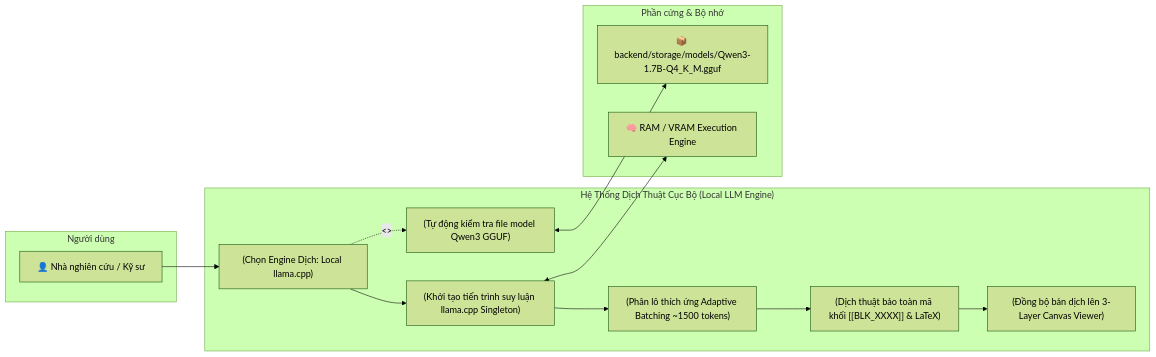
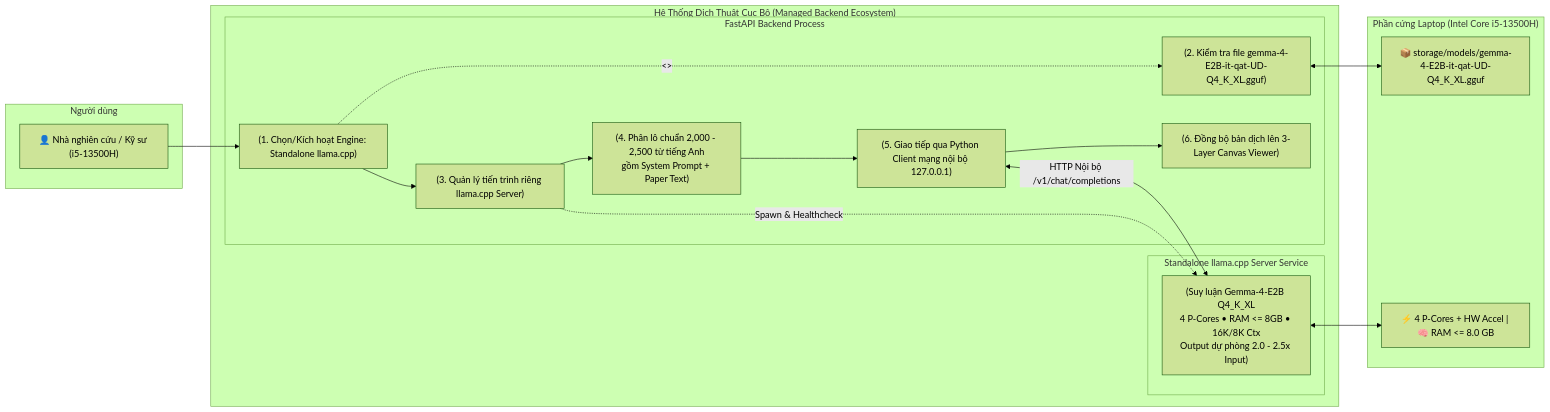
The first of 2 diagrams in docs/implementation/release-1/features/local-llm-service-prd.md (phamvantienkiz/paper-translation), drawn with Mermaid (forest theme) before and after one commit. The commit also changed other lines of this file and 26 other files, not shown here.

Commit message:
feat(llm): implement standalone llama.cpp server v3.3 and verify e2e cvpr pipeline

````diff
--- a/docs/implementation/release-1/features/local-llm-service-prd.md
+++ b/docs/implementation/release-1/features/local-llm-service-prd.md
@@ -48,30 +45,38 @@
 ```mermaid
 flowchart LR
     subgraph Users ["Người dùng"]
-        U1["👤 Nhà nghiên cứu / Kỹ sư"]
+        U1["👤 Nhà nghiên cứu / Kỹ sư (i5-13500H)"]
     end
 
-    subgraph SystemBoundary ["Hệ Thống Dịch Thuật Cục Bộ (Local LLM Engine)"]
-        UC1["(Chọn Engine Dịch: Local llama.cpp)"]
-        UC2["(Tự động kiểm tra file model Qwen3 GGUF)"]
-        UC3["(Khởi tạo tiến trình suy luận llama.cpp Singleton)"]
-        UC4["(Phân lô thích ứng Adaptive Batching ~1500 tokens)"]
-        UC5["(Dịch thuật bảo toàn mã khối [[BLK_XXXX]] & LaTeX)"]
-        UC6["(Đồng bộ bản dịch lên 3-Layer Canvas Viewer)"]
+    subgraph SystemBoundary ["Hệ Thống Dịch Thuật Cục Bộ (Managed Backend Ecosystem)"]
+        subgraph FastAPIApp ["FastAPI Backend Process"]
+            UC1["(1. Chọn/Kích hoạt Engine: Standalone llama.cpp)"]
+            UC2["(2. Kiểm tra file gemma-4-E2B-it-qat-UD-Q4_K_XL.gguf)"]
+            UC3["(3. Quản lý tiến trình riêng llama.cpp Server)"]
+            UC4["(4. Phân lô chuẩn 2,000 - 2,500 từ tiếng Anh<br>gồm System Prompt + Paper Text)"]
+            UC5["(5. Giao tiếp qua Python Client mạng nội bộ 127.0.0.1)"]
+            UC6["(6. Đồng bộ bản dịch lên 3-Layer Canvas Viewer)"]
+        end
+
+        subgraph StandaloneServer ["Standalone llama.cpp Server Service"]
+            UC_Srv["(Suy luận Gemma-4-E2B Q4_K_XL<br>4 P-Cores • RAM <= 8GB • 16K/8K Ctx<br>Output dự phòng 2.0 - 2.5x Input)"]
+        end
 
         UC1 -.->|<<include>>| UC2
         UC1 --> UC3
+        UC3 -.->|Spawn & Healthcheck| UC_Srv
         UC3 --> UC4
         UC4 --> UC5
+        UC5 <-->|HTTP Nội bộ /v1/chat/completions| UC_Srv
         UC5 --> UC6
     end
 
-    subgraph Hardware ["Phần cứng & Bộ nhớ"]
-        Disk["📦 backend/storage/models/Qwen3-1.7B-Q4_K_M.gguf"]
-        Mem["🧠 RAM / VRAM Execution Engine"]
+    subgraph Hardware ["Phần cứng Laptop (Intel Core i5-13500H)"]
+        Disk["📦 storage/models/gemma-4-E2B-it-qat-UD-Q4_K_XL.gguf"]
+        CPU_RAM["⚡ 4 P-Cores + HW Accel | 🧠 RAM <= 8.0 GB"]
     end
 
     U1 --> UC1
     UC2 <--> Disk
-    UC3 <--> Mem
+    UC_Srv <--> CPU_RAM
 ```
````
